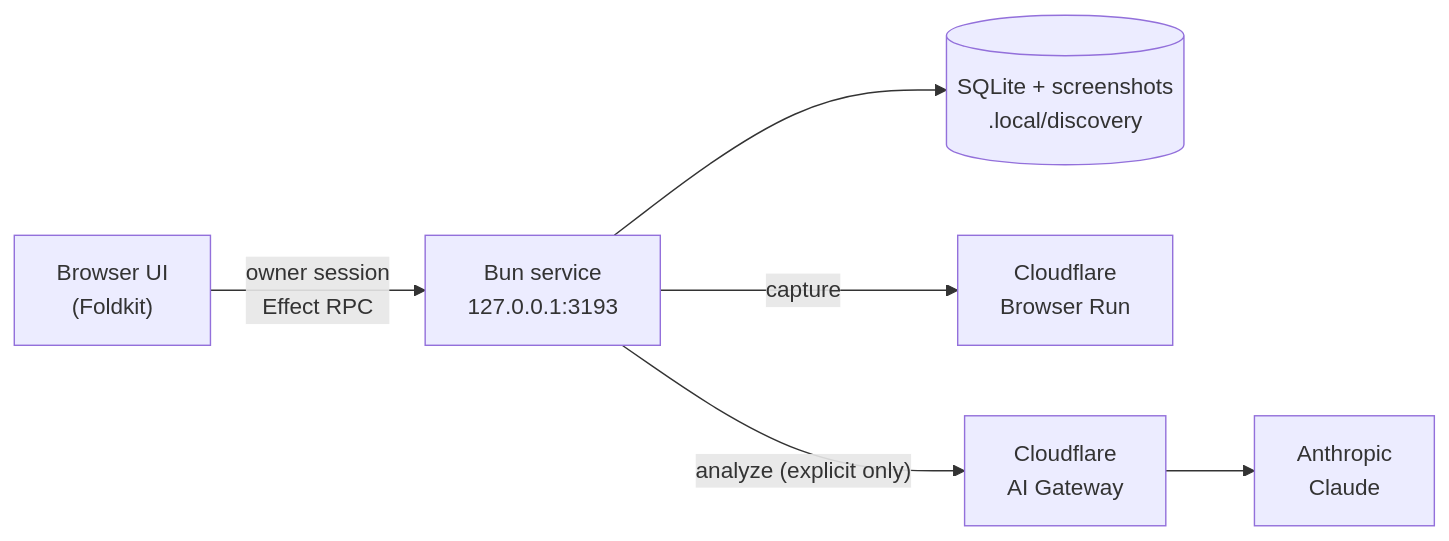
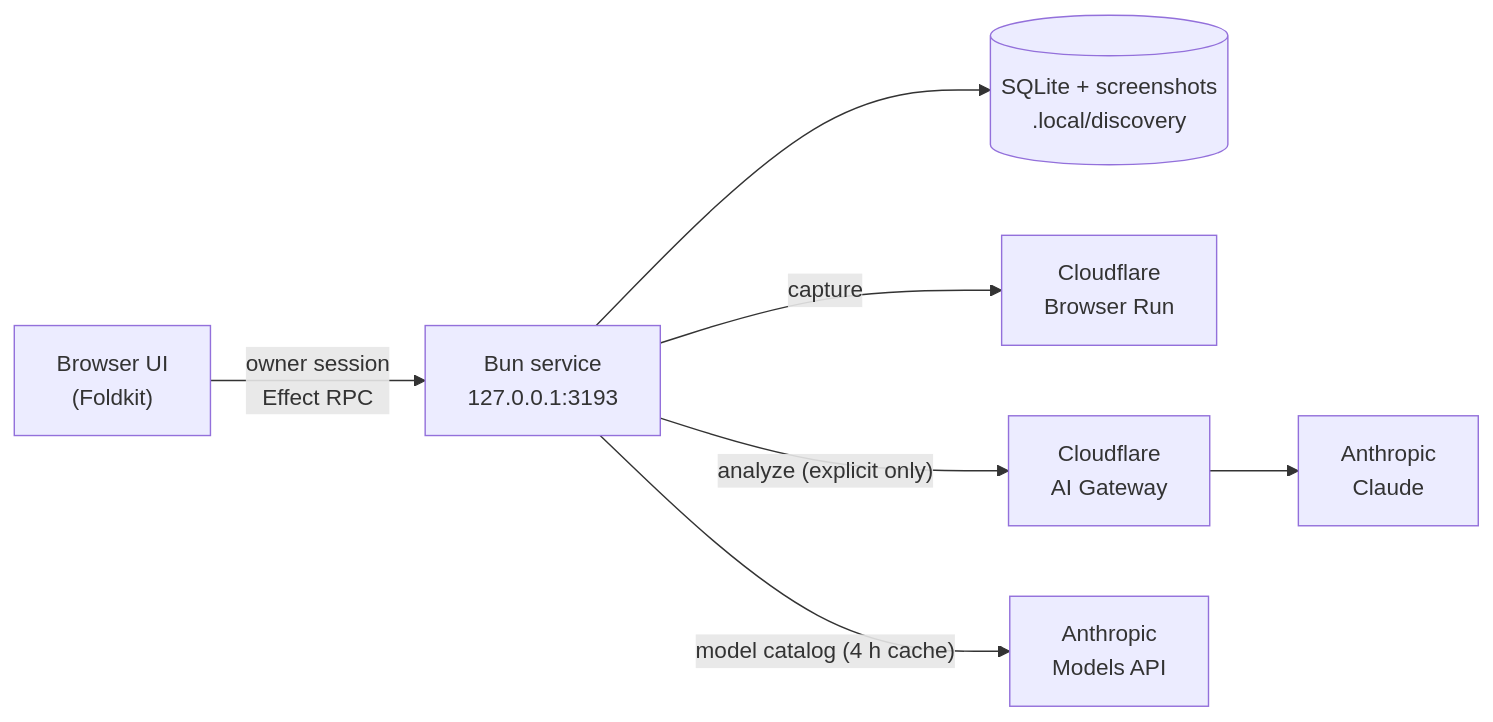
The diagram in README.md (qdhenry/site-discovery), drawn with Mermaid before and after one commit. The commit also changed other lines of this file and 3 other files, not shown here.

First line of the commit message:
README: add fixture screenshot and Models API to the diagram

````diff
--- a/README.md
+++ b/README.md
@@ -9,7 +11,8 @@
 ```mermaid
 flowchart LR
   UI["Browser UI<br/>(Foldkit)"] -->|"owner session<br/>Effect RPC"| SVC["Bun service<br/>127.0.0.1:3193"]
   SVC --> DB[("SQLite + screenshots<br/>.local/discovery")]
   SVC -->|capture| BR["Cloudflare<br/>Browser Run"]
   SVC -->|"analyze (explicit only)"| GW["Cloudflare<br/>AI Gateway"] --> CL["Anthropic<br/>Claude"]
+  SVC -->|"model catalog (4 h cache)"| MA["Anthropic<br/>Models API"]
 ```
````
